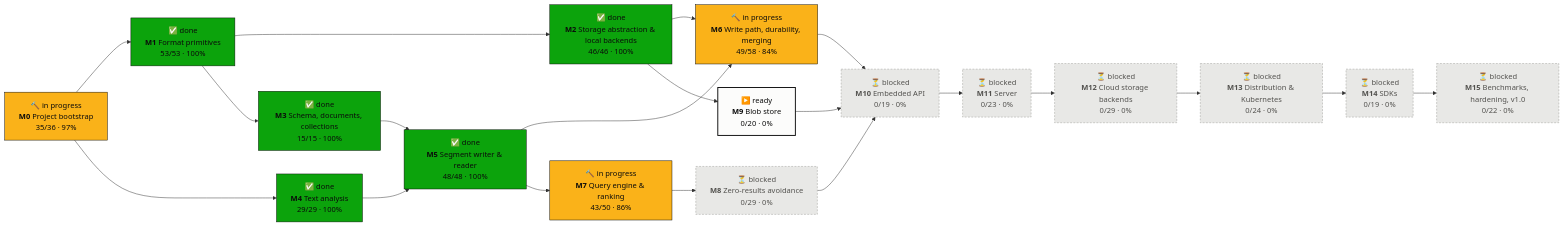
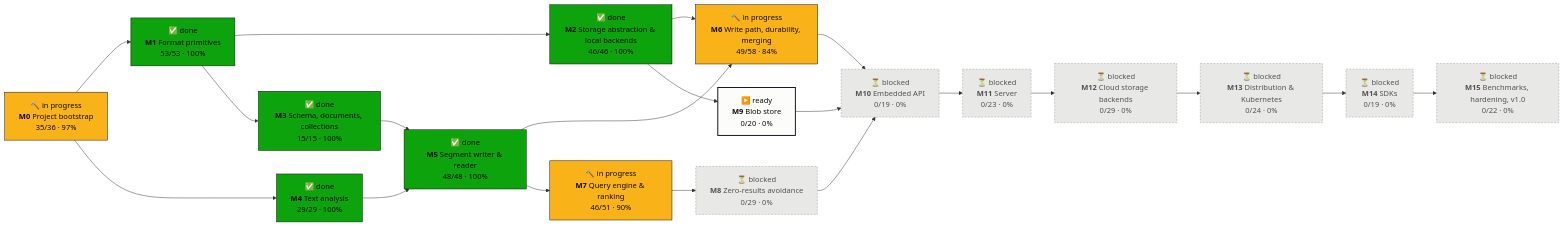
One commit to tomiok/persiaDB changed the first of 2 diagrams in PROGRESS.md. Above: the diagram before and after it, drawn with Mermaid. The commit also changed other lines of this file and 27 other files, not shown here.

First line of the commit message:
Expansion df from term walks, column filters beside postings, cached keyword dictionaries (ROADMAP 7.4.15, 7.4.16, 7.5.5) (#71)

````diff
--- a/PROGRESS.md
+++ b/PROGRESS.md
@@ -16,42 +16,42 @@
 ```mermaid
 flowchart LR
   M0["🔨 in progress<br/><b>M0</b> Project bootstrap<br/>35/36 · 97%"]:::doing
   M1["✅ done<br/><b>M1</b> Format primitives<br/>53/53 · 100%"]:::done
   M2["✅ done<br/><b>M2</b> Storage abstraction & local backends<br/>46/46 · 100%"]:::done
   M3["✅ done<br/><b>M3</b> Schema, documents, collections<br/>15/15 · 100%"]:::done
   M4["✅ done<br/><b>M4</b> Text analysis<br/>29/29 · 100%"]:::done
   M5["✅ done<br/><b>M5</b> Segment writer & reader<br/>48/48 · 100%"]:::done
   M6["🔨 in progress<br/><b>M6</b> Write path, durability, merging<br/>49/58 · 84%"]:::doing
-  M7["🔨 in progress<br/><b>M7</b> Query engine & ranking<br/>43/50 · 86%"]:::doing
+  M7["🔨 in progress<br/><b>M7</b> Query engine & ranking<br/>46/51 · 90%"]:::doing
   M8["⏳ blocked<br/><b>M8</b> Zero-results avoidance<br/>0/29 · 0%"]:::blocked
   M9["▶️ ready<br/><b>M9</b> Blob store<br/>0/20 · 0%"]:::ready
   M10["⏳ blocked<br/><b>M10</b> Embedded API<br/>0/19 · 0%"]:::blocked
   M11["⏳ blocked<br/><b>M11</b> Server<br/>0/23 · 0%"]:::blocked
   M12["⏳ blocked<br/><b>M12</b> Cloud storage backends<br/>0/29 · 0%"]:::blocked
   M13["⏳ blocked<br/><b>M13</b> Distribution & Kubernetes<br/>0/24 · 0%"]:::blocked
   M14["⏳ blocked<br/><b>M14</b> SDKs<br/>0/19 · 0%"]:::blocked
   M15["⏳ blocked<br/><b>M15</b> Benchmarks, hardening, v1.0<br/>0/22 · 0%"]:::blocked
   M0 --> M1
   M1 --> M2
   M1 --> M3
   M0 --> M4
   M3 --> M5
   M4 --> M5
   M2 --> M6
   M5 --> M6
   M5 --> M7
   M7 --> M8
   M2 --> M9
   M6 --> M10
   M8 --> M10
   M9 --> M10
   M10 --> M11
   M11 --> M12
   M12 --> M13
   M13 --> M14
   M14 --> M15
   classDef done fill:#0ca30c,stroke:#0b0b0b,color:#0b0b0b
   classDef doing fill:#fab219,stroke:#0b0b0b,color:#0b0b0b
   classDef ready fill:#fcfcfb,stroke:#0b0b0b,stroke-width:2px,color:#0b0b0b
   classDef blocked fill:#e8e8e6,stroke:#9a9a96,stroke-dasharray:4 3,color:#52514e
 ```
````
